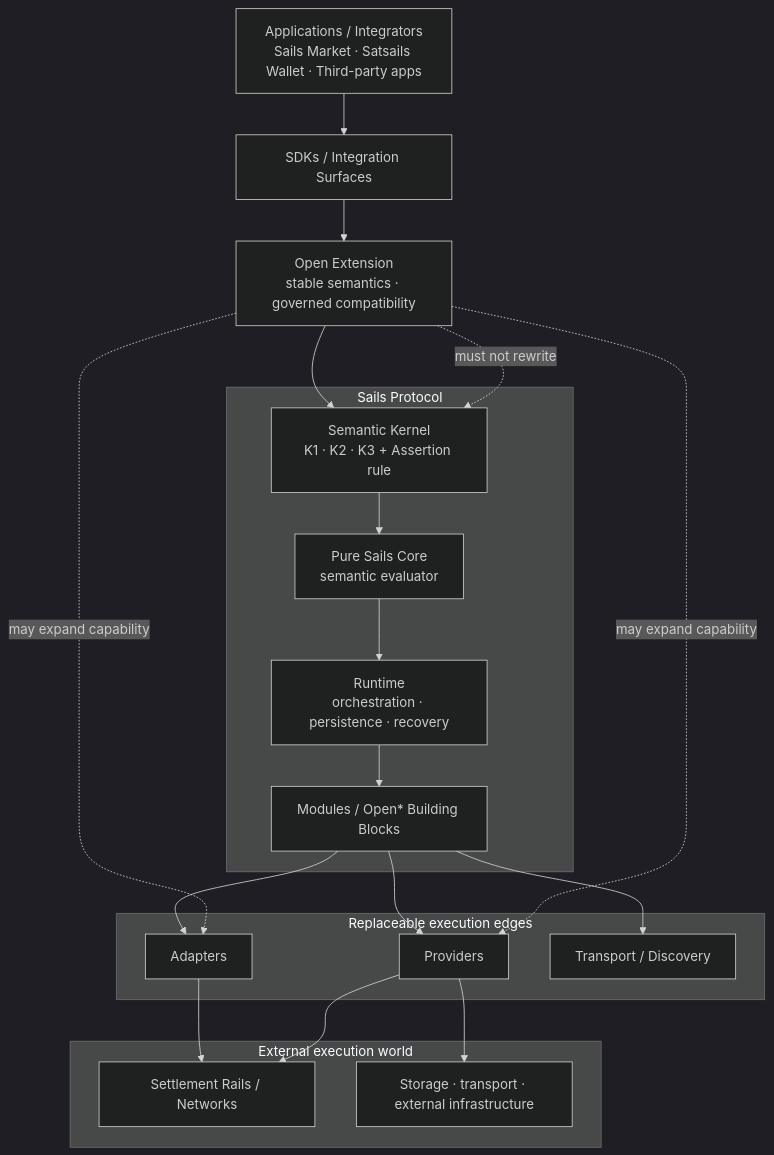
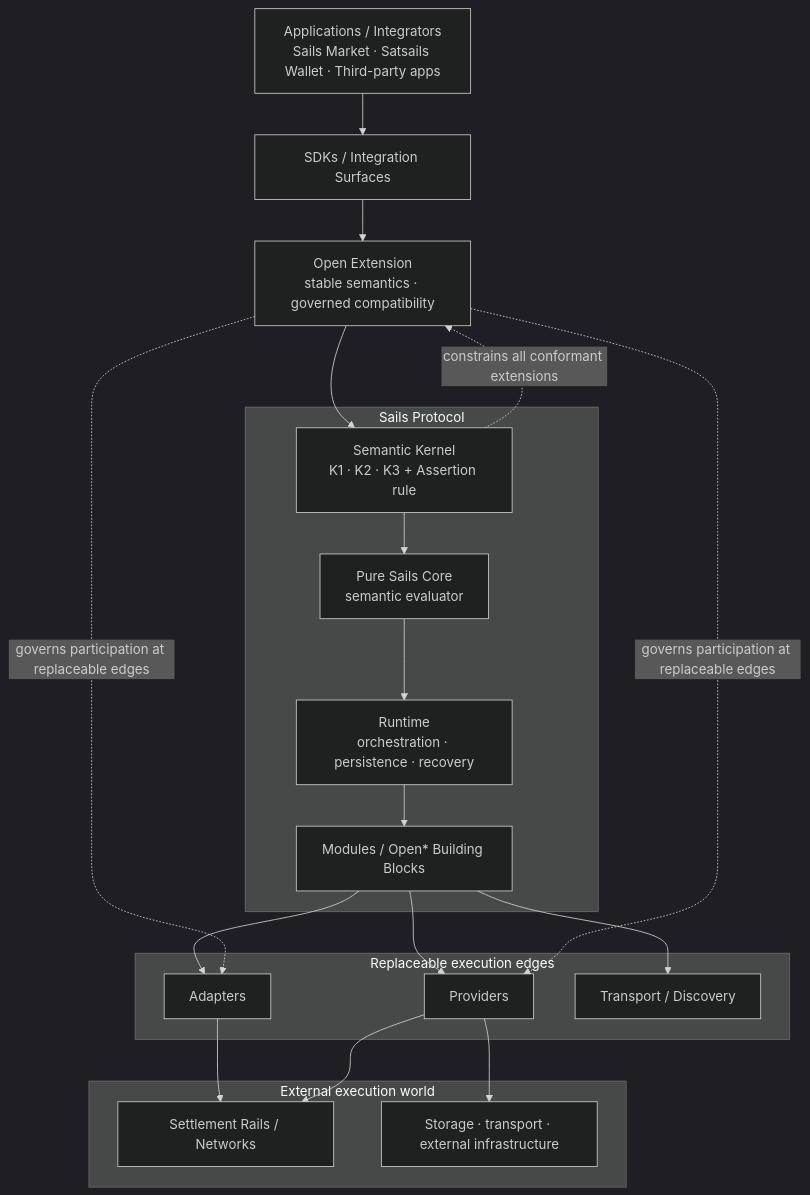
One commit to alan-schramm/Sails-Protocol changed the first of 7 diagrams in docs/SAILS_PROTOCOL_ANATOMY.md. Above: the diagram before and after it, drawn with Mermaid (dark theme). The commit also changed other lines of this file, not shown here.

````diff
--- a/docs/SAILS_PROTOCOL_ANATOMY.md
+++ b/docs/SAILS_PROTOCOL_ANATOMY.md
@@ -48,41 +48,41 @@
 ```mermaid
 flowchart TB
     APPS["Applications / Integrators<br/>Sails Market · Satsails Wallet · Third-party apps"]
     SDK["SDKs / Integration Surfaces"]
     EXT["Open Extension<br/>stable semantics · governed compatibility"]
 
     subgraph BODY["Sails Protocol"]
       SK["Semantic Kernel<br/>K1 · K2 · K3 + Assertion rule"]
       CORE["Pure Sails Core<br/>semantic evaluator"]
       RT["Runtime<br/>orchestration · persistence · recovery"]
       MOD["Modules / Open* Building Blocks"]
     end
 
     subgraph EDGES["Replaceable execution edges"]
       AD["Adapters"]
       PR["Providers"]
       TR["Transport / Discovery"]
     end
 
     subgraph WORLD["External execution world"]
       RAIL["Settlement Rails / Networks"]
       INFRA["Storage · transport · external infrastructure"]
     end
 
     APPS --> SDK
     SDK --> EXT
     EXT --> SK
     SK --> CORE
     CORE --> RT
     RT --> MOD
     MOD --> AD
     MOD --> PR
     MOD --> TR
     AD --> RAIL
     PR --> RAIL
     PR --> INFRA
 
-    EXT -. "may expand capability" .-> AD
-    EXT -. "may expand capability" .-> PR
-    EXT -. "must not rewrite" .-> SK
+    EXT -. "governs participation at replaceable edges" .-> AD
+    EXT -. "governs participation at replaceable edges" .-> PR
+    SK -. "constrains all conformant extensions" .-> EXT
 ```
````
